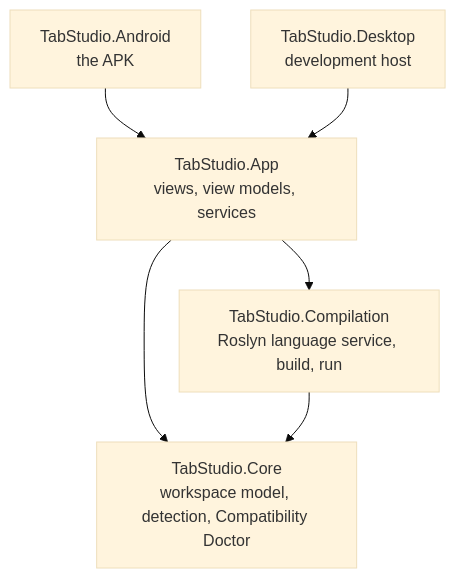
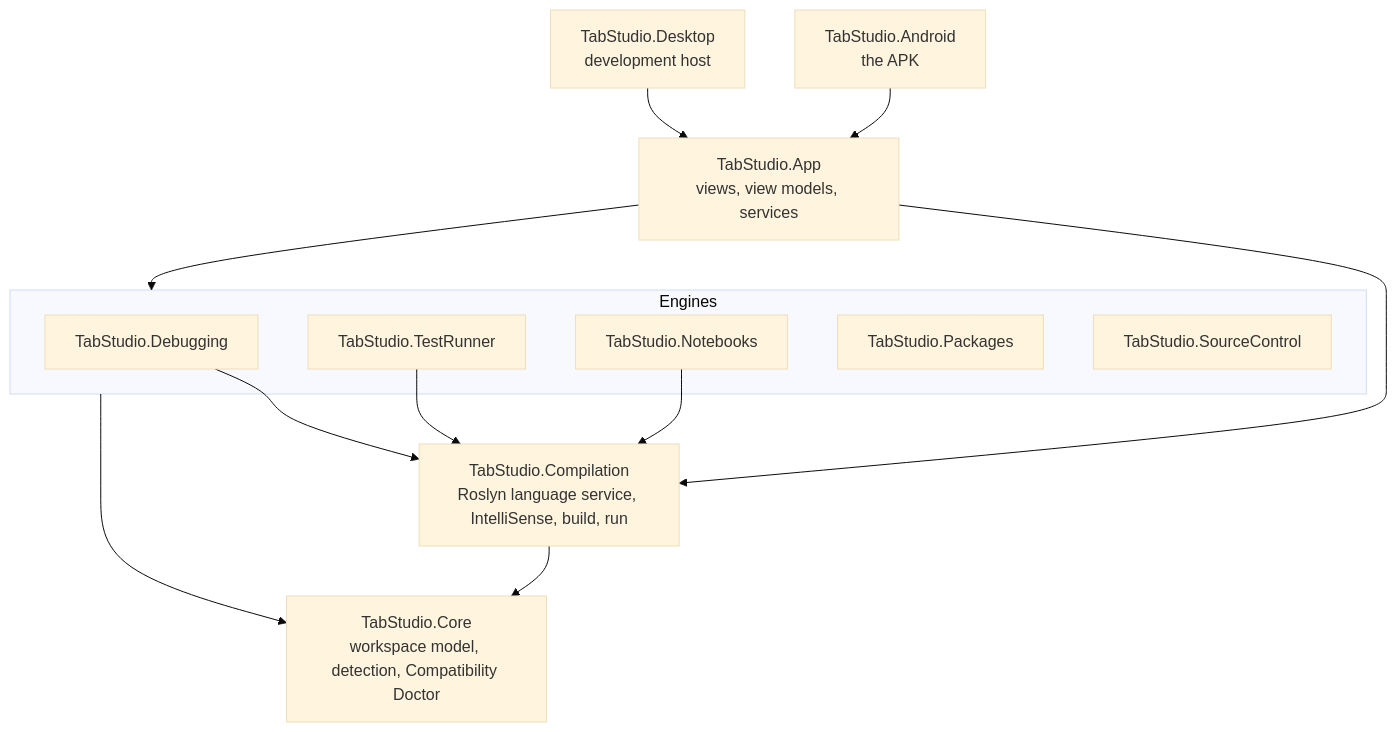
Before and after one commit to yahav2898/tabstudio: the first of 2 diagrams in docs/ARCHITECTURE.md, drawn with Mermaid (base theme). The commit also changed other lines of this file, not shown here.

First line of the commit message:
Document the package, debugger, test, notebook and source control engines

````diff
--- a/docs/ARCHITECTURE.md
+++ b/docs/ARCHITECTURE.md
@@ -8,9 +9,20 @@
 ```mermaid
 flowchart TB
     Android["TabStudio.Android<br/>the APK"] --> App
     Desktop["TabStudio.Desktop<br/>development host"] --> App
-    App["TabStudio.App<br/>views, view models, services"] --> Compilation
-    App --> Core
-    Compilation["TabStudio.Compilation<br/>Roslyn language service, build, run"] --> Core
+    App["TabStudio.App<br/>views, view models, services"] --> Engines
+    subgraph Engines["Engines"]
+        Debugging["TabStudio.Debugging"]
+        TestRunner["TabStudio.TestRunner"]
+        Notebooks["TabStudio.Notebooks"]
+        Packages["TabStudio.Packages"]
+        SourceControl["TabStudio.SourceControl"]
+    end
+    Debugging --> Compilation
+    TestRunner --> Compilation
+    Notebooks --> Compilation
+    Engines --> Core
+    App --> Compilation
+    Compilation["TabStudio.Compilation<br/>Roslyn language service, IntelliSense, build, run"] --> Core
     Core["TabStudio.Core<br/>workspace model, detection, Compatibility Doctor"]
 ```
````
